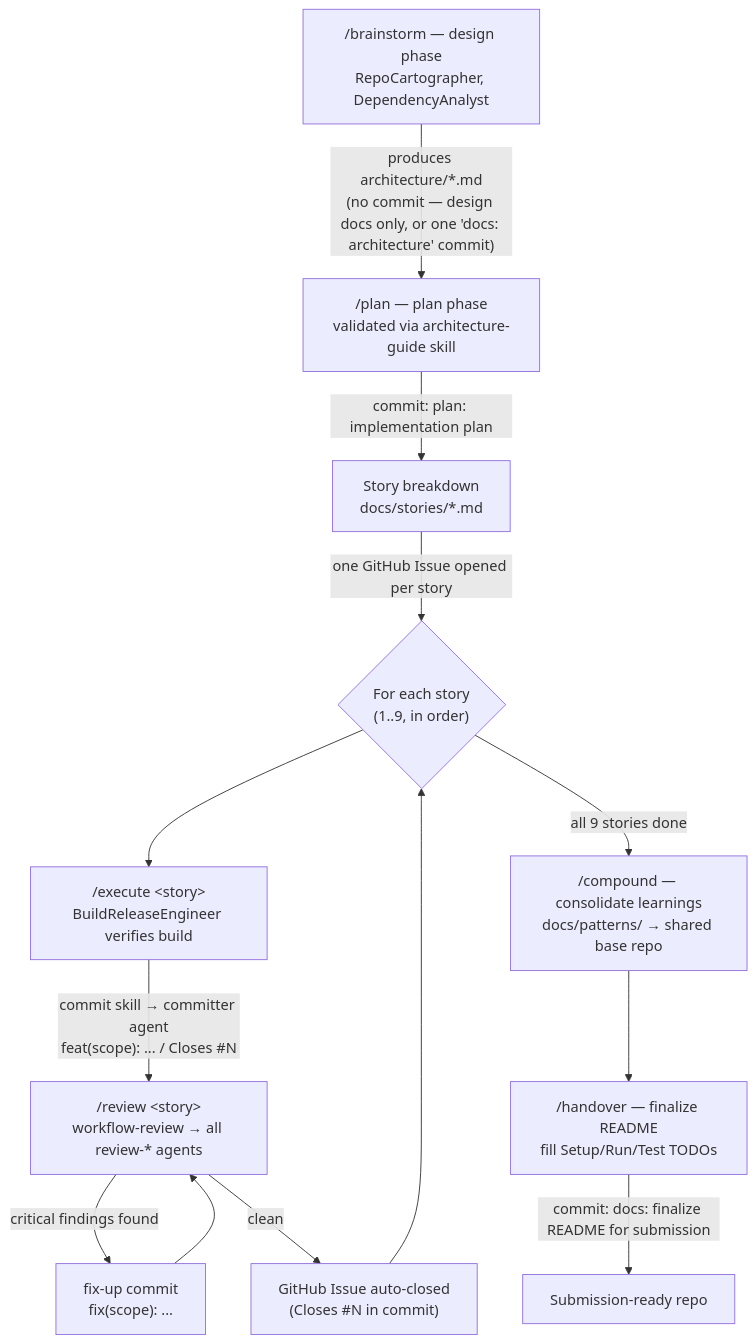
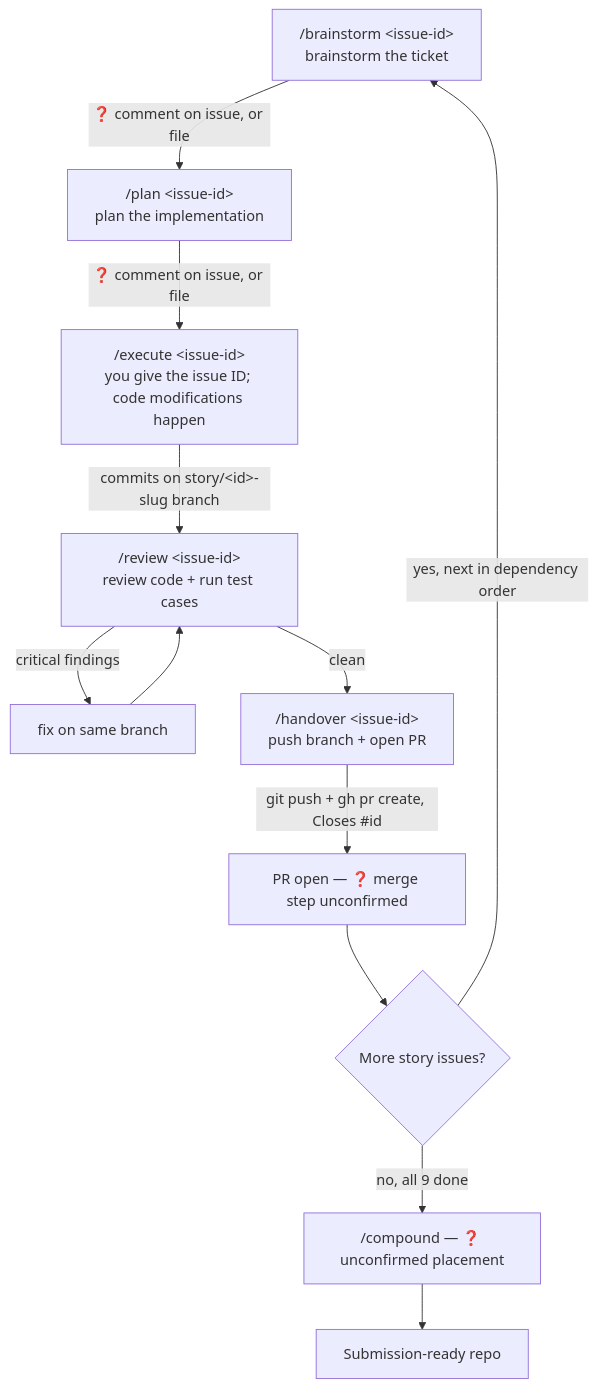
One commit to vijaykgubbala/EventLedger changed the diagram in AIDLC-USAGE-GUIDE.md. Above: the diagram before and after it, drawn with Mermaid. The commit also changed other lines of this file, not shown here.

First line of the commit message:
docs: correct AIDLC guide to match actual per-issue command usage

````diff
--- a/AIDLC-USAGE-GUIDE.md
+++ b/AIDLC-USAGE-GUIDE.md
@@ -345,17 +224,14 @@
 ```mermaid
 flowchart TD
-    A["/brainstorm — design phase<br/>RepoCartographer, DependencyAnalyst"] -->|"produces architecture/*.md<br/>(no commit — design docs only, or one 'docs: architecture' commit)"| B["/plan — plan phase<br/>validated via architecture-guide skill"]
-    B -->|"commit: plan: implementation plan"| C["Story breakdown<br/>docs/stories/*.md"]
-    C -->|"one GitHub Issue opened per story"| D{"For each story<br/>(1..9, in order)"}
-
-    D --> E["/execute &lt;story&gt;<br/>BuildReleaseEngineer verifies build"]
-    E -->|"commit skill → committer agent<br/>feat(scope): ... / Closes #N"| F["/review &lt;story&gt;<br/>workflow-review → all review-* agents"]
-    F -->|"critical findings found"| G["fix-up commit<br/>fix(scope): ..."]
-    G --> F
-    F -->|"clean"| H["GitHub Issue auto-closed<br/>(Closes #N in commit)"]
-    H --> D
-
-    D -->|"all 9 stories done"| I["/compound — consolidate learnings<br/>docs/patterns/ → shared base repo"]
-    I --> J["/handover — finalize README<br/>fill Setup/Run/Test TODOs"]
-    J -->|"commit: docs: finalize README for submission"| K["Submission-ready repo"]
+    A["/brainstorm &lt;issue-id&gt;<br/>brainstorm the ticket"] -->|"❓ comment on issue, or file"| B["/plan &lt;issue-id&gt;<br/>plan the implementation"]
+    B -->|"❓ comment on issue, or file"| C["/execute &lt;issue-id&gt;<br/>you give the issue ID; code modifications happen"]
+    C -->|"commits on story/&lt;id&gt;-slug branch"| D["/review &lt;issue-id&gt;<br/>review code + run test cases"]
+    D -->|"critical findings"| E["fix on same branch"]
+    E --> D
+    D -->|"clean"| F["/handover &lt;issue-id&gt;<br/>push branch + open PR"]
+    F -->|"git push + gh pr create, Closes #id"| G["PR open — ❓ merge step unconfirmed"]
+    G --> H{"More story issues?"}
+    H -->|"yes, next in dependency order"| A
+    H -->|"no, all 9 done"| I["/compound — ❓ unconfirmed placement"]
+    I --> J["Submission-ready repo"]
 ```
````
